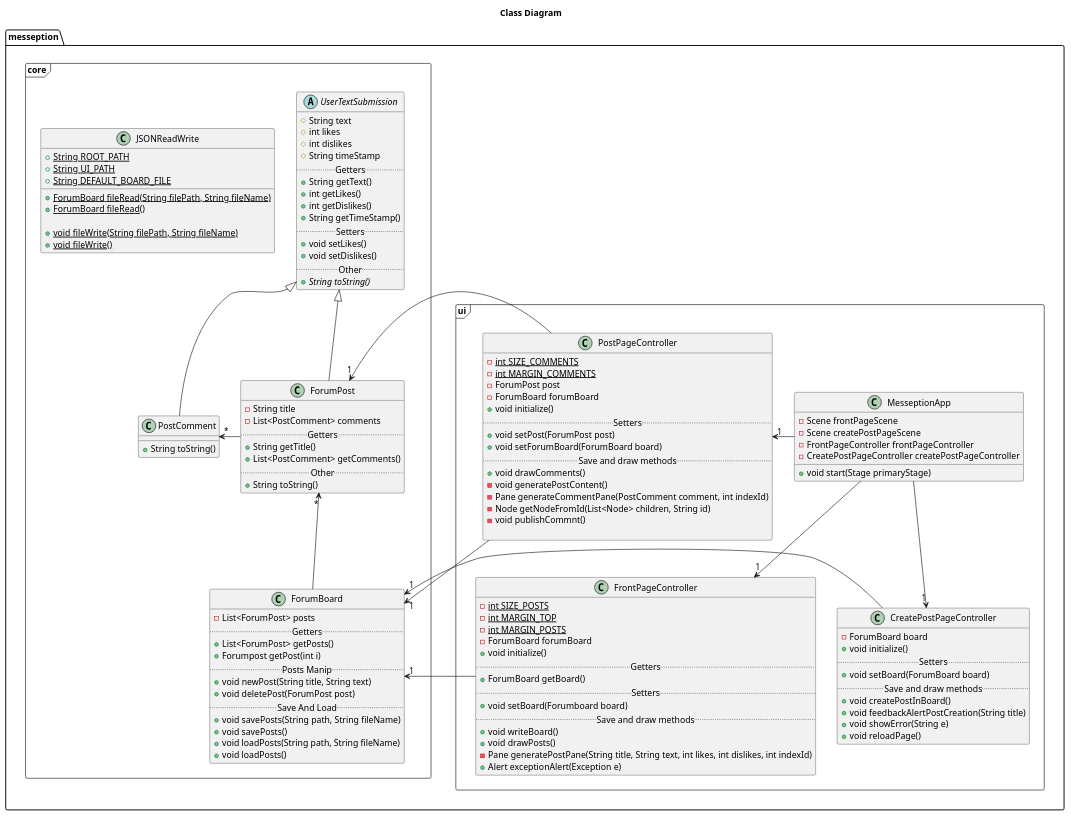
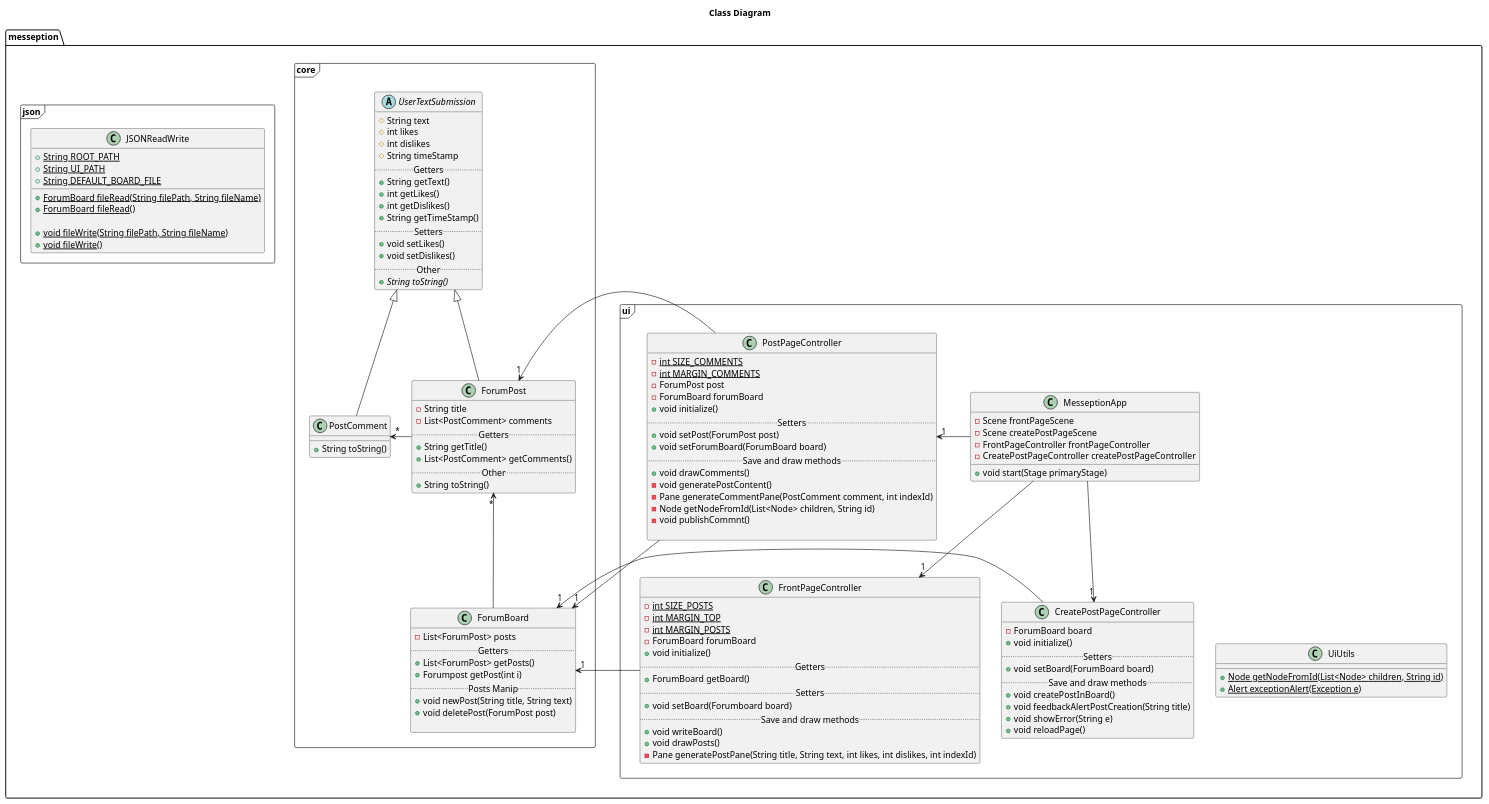
One commit to stianjsu/messeption changed the diagram in messeption/classDiagram.puml. Above: the diagram before and after it, drawn with PlantUML. The commit also changed 2 other files, not shown here.

Commit message:
Updated classdiagram for release 2

```diff
--- a/messeption/classDiagram.puml
+++ b/messeption/classDiagram.puml
@@ -1,127 +1,130 @@
 @startuml
 
 title Class Diagram
 
 package messeption.core <<Frame>> {
     Abstract class UserTextSubmission {
         # String text
         # int likes
         # int dislikes
         # String timeStamp
         .. Getters ..
         + String getText()
         + int getLikes()
         + int getDislikes()
         + String getTimeStamp()
         .. Setters ..
         + void setLikes()
         + void setDislikes()
         ..Other..
         + {abstract} String toString() 
     }
     class ForumBoard {
         - List<ForumPost> posts
         .. Getters ..
         + List<ForumPost> getPosts()
         + Forumpost getPost(int i)
         .. Posts Manip ..
         + void newPost(String title, String text)
         + void deletePost(ForumPost post)
-        .. Save And Load ..
-        + void savePosts(String path, String fileName)
-        + void savePosts()
-        + void loadPosts(String path, String fileName)
-        + void loadPosts()
+        
     }
     class PostComment extends UserTextSubmission {
         + String toString()
     }
     class ForumPost extends UserTextSubmission {
         - String title
         - List<PostComment> comments
         .. Getters ..
         + String getTitle()
         + List<PostComment> getComments()
         .. Other ..
         + String toString()
     }
+    
+    ForumPost -left-> "*" PostComment
+    ForumPost "*" <-down- ForumBoard
+}
+
+package messeption.json <<Frame>> {
     class JSONReadWrite {
         + {static} String ROOT_PATH
         + {static} String UI_PATH
         + {static} String DEFAULT_BOARD_FILE
         
         + {static} ForumBoard fileRead(String filePath, String fileName)
         + {static} ForumBoard fileRead()
         
         + {static} void fileWrite(String filePath, String fileName)
         + {static} void fileWrite()
     }
-    
-    
-    ForumPost -left-> "*" PostComment
-    ForumPost "*" <-down- ForumBoard
 }
 
 package messeption.ui <<Frame>> {
     class MesseptionApp {
         - Scene frontPageScene
         - Scene createPostPageScene
         - FrontPageController frontPageController
         - CreatePostPageController createPostPageController
         + void start(Stage primaryStage)
     }
     class FrontPageController {
         - {static} int SIZE_POSTS
         - {static} int MARGIN_TOP
         - {static} int MARGIN_POSTS
         - ForumBoard forumBoard
         + void initialize()
         .. Getters ..
         + ForumBoard getBoard()
         .. Setters ..
         + void setBoard(Forumboard board)
         .. Save and draw methods ..
         + void writeBoard()
         + void drawPosts()
         - Pane generatePostPane(String title, String text, int likes, int dislikes, int indexId)
-        + Alert exceptionAlert(Exception e)
     }
     class CreatePostPageController {
         - ForumBoard board
         + void initialize()
         ..Setters..
         + void setBoard(ForumBoard board)
         .. Save and draw methods ..
         + void createPostInBoard()
         + void feedbackAlertPostCreation(String title)
         + void showError(String e)
         + void reloadPage()
     }
     class PostPageController {
         - {static} int SIZE_COMMENTS
         - {static} int MARGIN_COMMENTS
         - ForumPost post
         - ForumBoard forumBoard
         + void initialize()
         .. Setters ..
         + void setPost(ForumPost post)
         + void setForumBoard(ForumBoard board)
         .. Save and draw methods ..
         + void drawComments()
         - void generatePostContent()
         - Pane generateCommentPane(PostComment comment, int indexId)
         - Node getNodeFromId(List<Node> children, String id)
         - void publishCommnt()
         
     }
     
+    class UiUtils {
+        + {static} Node getNodeFromId(List<Node> children, String id)
+        + {static} Alert exceptionAlert(Exception e)
+    }
+    
     MesseptionApp --> "1" FrontPageController
     MesseptionApp --> "1" CreatePostPageController
     MesseptionApp -left-> "1" PostPageController
     ForumPost "1" <-left- PostPageController
     ForumBoard "1" <-- CreatePostPageController
     ForumBoard "1" <-left- FrontPageController
     ForumBoard "1" <-- PostPageController
+    MesseptionApp -[hidden]-> UiUtils
 }
 messeption.core -[hidden]-> messeption.ui
 @enduml
```
